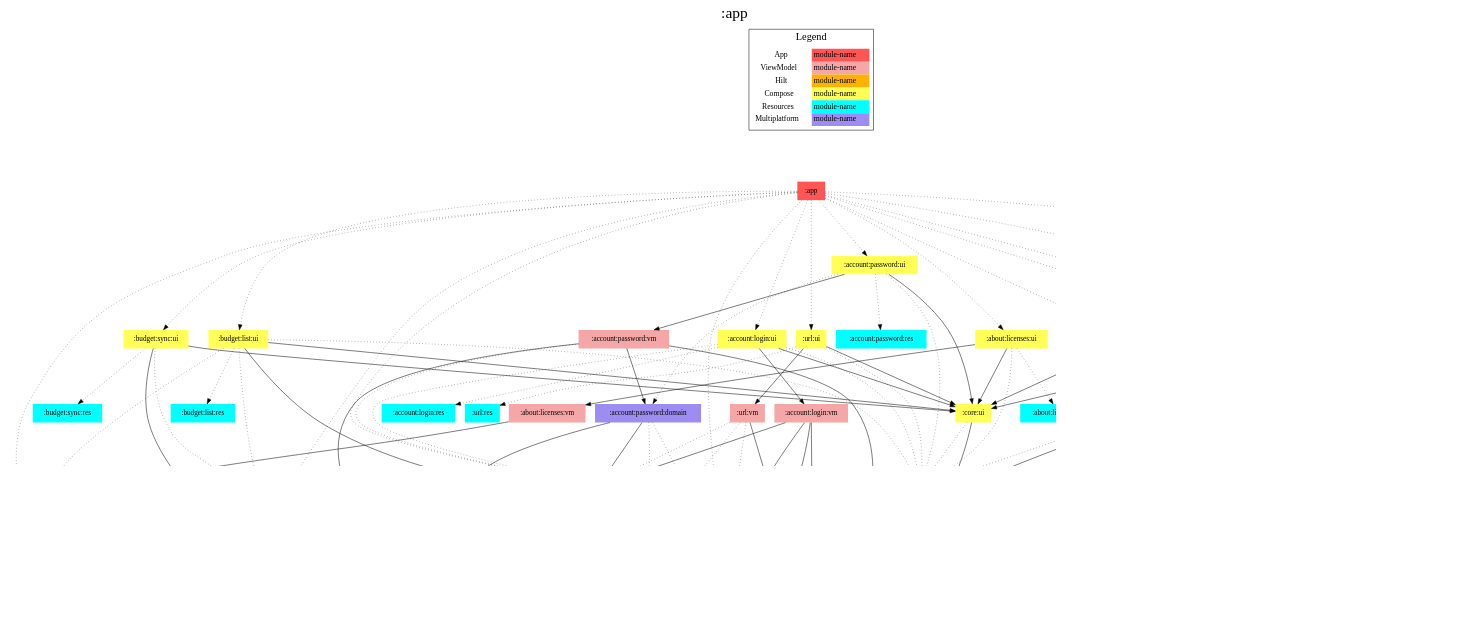
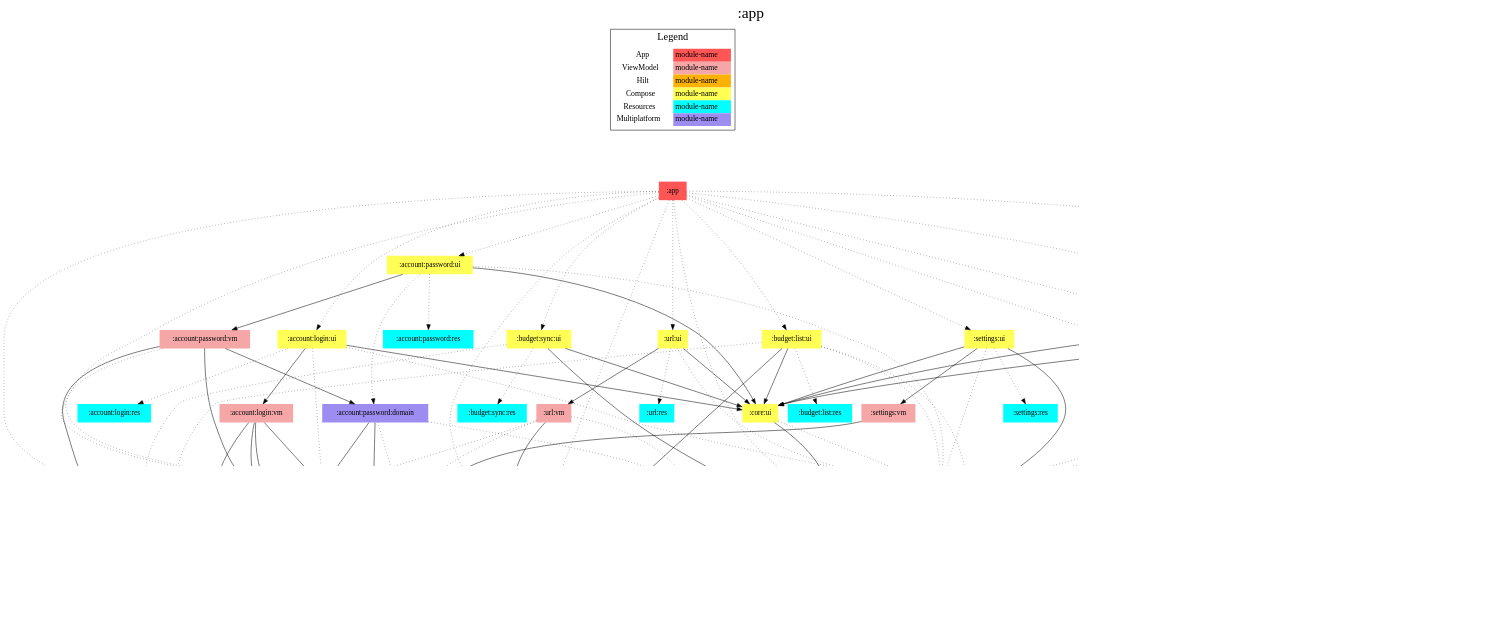
The diagram in app/modules.dot (jonapoul/aktual), drawn with Graphviz before and after one commit. The commit also changed 39 other files, not shown here.

```diff
--- a/app/modules.dot
+++ b/app/modules.dot
@@ -1,177 +1,184 @@
 digraph {
 edge ["dir"="forward"]
 graph ["dpi"="100","label"=":app","labelloc"="t","fontsize"="30","ranksep"="1.5","rankdir"="TB"]
 node ["style"="filled"]
 ":about:info:data" ["fillcolor"="#9D8DF1","shape"="none"]
 ":about:info:res" ["fillcolor"="#00FFFF","shape"="none"]
 ":about:info:ui" ["fillcolor"="#FFFF55","shape"="none"]
 ":about:info:vm" ["fillcolor"="#F5A6A6","shape"="none"]
 ":about:licenses:data" ["fillcolor"="#9D8DF1","shape"="none"]
 ":about:licenses:res" ["fillcolor"="#00FFFF","shape"="none"]
 ":about:licenses:ui" ["fillcolor"="#FFFF55","shape"="none"]
 ":about:licenses:vm" ["fillcolor"="#F5A6A6","shape"="none"]
 ":account:login:domain" ["fillcolor"="#9D8DF1","shape"="none"]
 ":account:login:res" ["fillcolor"="#00FFFF","shape"="none"]
 ":account:login:ui" ["fillcolor"="#FFFF55","shape"="none"]
 ":account:login:vm" ["fillcolor"="#F5A6A6","shape"="none"]
 ":account:model" ["fillcolor"="#9D8DF1","shape"="none"]
 ":account:password:domain" ["fillcolor"="#9D8DF1","shape"="none"]
 ":account:password:res" ["fillcolor"="#00FFFF","shape"="none"]
 ":account:password:ui" ["fillcolor"="#FFFF55","shape"="none"]
 ":account:password:vm" ["fillcolor"="#F5A6A6","shape"="none"]
 ":api:actual" ["fillcolor"="#9D8DF1","shape"="none"]
 ":api:builder" ["fillcolor"="#9D8DF1","shape"="none"]
 ":api:di" ["fillcolor"="#FCB103","shape"="none"]
 ":api:github" ["fillcolor"="#9D8DF1","shape"="none"]
 ":app" ["fillcolor"="#FF5555","shape"="none"]
+":budget:encryption" ["fillcolor"="#9D8DF1","shape"="none"]
 ":budget:list:res" ["fillcolor"="#00FFFF","shape"="none"]
 ":budget:list:ui" ["fillcolor"="#FFFF55","shape"="none"]
 ":budget:list:vm" ["fillcolor"="#F5A6A6","shape"="none"]
 ":budget:model" ["fillcolor"="#9D8DF1","shape"="none"]
 ":budget:sync:res" ["fillcolor"="#00FFFF","shape"="none"]
 ":budget:sync:ui" ["fillcolor"="#FFFF55","shape"="none"]
 ":budget:sync:vm" ["fillcolor"="#F5A6A6","shape"="none"]
 ":codegen:annotation" ["fillcolor"="#9D8DF1","shape"="none"]
 ":core:connection" ["fillcolor"="#9D8DF1","shape"="none"]
 ":core:di" ["fillcolor"="#FCB103","shape"="none"]
 ":core:files" ["fillcolor"="#9D8DF1","shape"="none"]
 ":core:model" ["fillcolor"="#9D8DF1","shape"="none"]
 ":core:res" ["fillcolor"="#00FFFF","shape"="none"]
 ":core:ui" ["fillcolor"="#FFFF55","shape"="none"]
 ":db" ["fillcolor"="#9D8DF1","shape"="none"]
 ":logging" ["fillcolor"="#9D8DF1","shape"="none"]
 ":prefs" ["fillcolor"="#9D8DF1","shape"="none"]
 ":settings:res" ["fillcolor"="#00FFFF","shape"="none"]
 ":settings:ui" ["fillcolor"="#FFFF55","shape"="none"]
 ":settings:vm" ["fillcolor"="#F5A6A6","shape"="none"]
 ":url:res" ["fillcolor"="#00FFFF","shape"="none"]
 ":url:ui" ["fillcolor"="#FFFF55","shape"="none"]
 ":url:vm" ["fillcolor"="#F5A6A6","shape"="none"]
 {
 edge ["dir"="none"]
 graph ["rank"="same"]
 ":app"
 }
 ":about:info:data" -> ":api:github"
 ":about:info:ui" -> ":about:info:res" ["style"="dotted"]
 ":about:info:ui" -> ":about:info:vm"
 ":about:info:ui" -> ":core:res" ["style"="dotted"]
 ":about:info:ui" -> ":core:ui"
 ":about:info:vm" -> ":about:info:data"
 ":about:licenses:data" -> ":core:files" ["style"="dotted"]
 ":about:licenses:ui" -> ":about:licenses:res" ["style"="dotted"]
 ":about:licenses:ui" -> ":about:licenses:vm"
 ":about:licenses:ui" -> ":core:res" ["style"="dotted"]
 ":about:licenses:ui" -> ":core:ui"
 ":about:licenses:vm" -> ":about:licenses:data"
 ":account:login:domain" -> ":account:model"
 ":account:login:domain" -> ":api:actual" ["style"="dotted"]
 ":account:login:domain" -> ":prefs" ["style"="dotted"]
 ":account:login:ui" -> ":account:login:domain" ["style"="dotted"]
 ":account:login:ui" -> ":account:login:res" ["style"="dotted"]
 ":account:login:ui" -> ":account:login:vm"
 ":account:login:ui" -> ":core:res" ["style"="dotted"]
 ":account:login:ui" -> ":core:ui"
 ":account:login:vm" -> ":account:login:domain"
 ":account:login:vm" -> ":account:model"
 ":account:login:vm" -> ":core:model"
 ":account:login:vm" -> ":prefs"
 ":account:password:domain" -> ":account:login:domain"
 ":account:password:domain" -> ":account:model"
 ":account:password:domain" -> ":api:actual" ["style"="dotted"]
 ":account:password:domain" -> ":prefs" ["style"="dotted"]
 ":account:password:ui" -> ":account:password:domain" ["style"="dotted"]
 ":account:password:ui" -> ":account:password:res" ["style"="dotted"]
 ":account:password:ui" -> ":account:password:vm"
 ":account:password:ui" -> ":core:res" ["style"="dotted"]
 ":account:password:ui" -> ":core:ui"
 ":account:password:vm" -> ":account:login:domain" ["style"="dotted"]
 ":account:password:vm" -> ":account:model"
 ":account:password:vm" -> ":account:password:domain"
 ":account:password:vm" -> ":core:model"
 ":api:actual" -> ":account:model"
 ":api:actual" -> ":budget:model"
 ":api:actual" -> ":codegen:annotation" ["style"="dotted"]
 ":api:actual" -> ":core:model"
 ":api:builder" -> ":core:model"
 ":api:di" -> ":api:builder" ["style"="dotted"]
 ":api:di" -> ":api:github"
 ":api:github" -> ":codegen:annotation" ["style"="dotted"]
 ":api:github" -> ":core:model"
 ":app" -> ":about:info:ui" ["style"="dotted"]
 ":app" -> ":about:licenses:ui" ["style"="dotted"]
 ":app" -> ":account:login:domain" ["style"="dotted"]
 ":app" -> ":account:login:ui" ["style"="dotted"]
 ":app" -> ":account:password:ui" ["style"="dotted"]
 ":app" -> ":api:di" ["style"="dotted"]
 ":app" -> ":budget:list:ui" ["style"="dotted"]
 ":app" -> ":budget:sync:ui" ["style"="dotted"]
 ":app" -> ":core:connection" ["style"="dotted"]
 ":app" -> ":core:di" ["style"="dotted"]
 ":app" -> ":db" ["style"="dotted"]
 ":app" -> ":logging" ["style"="dotted"]
 ":app" -> ":prefs" ["style"="dotted"]
 ":app" -> ":settings:ui" ["style"="dotted"]
 ":app" -> ":url:ui" ["style"="dotted"]
+":budget:encryption" -> ":account:model"
+":budget:encryption" -> ":budget:model"
+":budget:encryption" -> ":core:model"
 ":budget:list:ui" -> ":account:model" ["style"="dotted"]
 ":budget:list:ui" -> ":budget:list:res" ["style"="dotted"]
 ":budget:list:ui" -> ":budget:list:vm"
 ":budget:list:ui" -> ":budget:model" ["style"="dotted"]
 ":budget:list:ui" -> ":core:res" ["style"="dotted"]
 ":budget:list:ui" -> ":core:ui"
 ":budget:list:vm" -> ":account:model" ["style"="dotted"]
 ":budget:list:vm" -> ":api:actual" ["style"="dotted"]
 ":budget:list:vm" -> ":budget:model"
 ":budget:list:vm" -> ":core:model"
 ":budget:list:vm" -> ":prefs" ["style"="dotted"]
 ":budget:sync:ui" -> ":account:model" ["style"="dotted"]
 ":budget:sync:ui" -> ":budget:sync:res" ["style"="dotted"]
 ":budget:sync:ui" -> ":budget:sync:vm"
 ":budget:sync:ui" -> ":core:ui"
 ":budget:sync:vm" -> ":account:model" ["style"="dotted"]
 ":budget:sync:vm" -> ":api:actual" ["style"="dotted"]
+":budget:sync:vm" -> ":budget:encryption" ["style"="dotted"]
 ":budget:sync:vm" -> ":budget:model" ["style"="dotted"]
 ":budget:sync:vm" -> ":core:files"
 ":budget:sync:vm" -> ":core:model"
+":budget:sync:vm" -> ":prefs" ["style"="dotted"]
 ":core:connection" -> ":api:actual" ["style"="dotted"]
 ":core:connection" -> ":api:builder" ["style"="dotted"]
 ":core:connection" -> ":core:model" ["style"="dotted"]
 ":core:connection" -> ":prefs" ["style"="dotted"]
 ":core:di" -> ":core:files"
 ":core:di" -> ":core:model"
+":core:di" -> ":prefs"
 ":core:files" -> ":budget:model"
 ":core:ui" -> ":core:model"
 ":core:ui" -> ":core:res" ["style"="dotted"]
 ":db" -> ":budget:model"
 ":db" -> ":core:files"
 ":prefs" -> ":account:model"
 ":prefs" -> ":core:model"
 ":settings:ui" -> ":core:model"
 ":settings:ui" -> ":core:res" ["style"="dotted"]
 ":settings:ui" -> ":core:ui"
 ":settings:ui" -> ":settings:res" ["style"="dotted"]
 ":settings:ui" -> ":settings:vm"
 ":settings:vm" -> ":prefs"
 ":url:ui" -> ":core:res" ["style"="dotted"]
 ":url:ui" -> ":core:ui"
 ":url:ui" -> ":url:res" ["style"="dotted"]
 ":url:ui" -> ":url:vm"
 ":url:vm" -> ":account:login:domain" ["style"="dotted"]
 ":url:vm" -> ":api:actual" ["style"="dotted"]
 ":url:vm" -> ":core:model"
 ":url:vm" -> ":prefs" ["style"="dotted"]
 subgraph "cluster_legend" {
 edge ["dir"="none"]
 graph ["label"="Legend","fontsize"="20"]
 "Legend" ["style"="filled","fillcolor"="#FFFFFF","shape"="none","margin"="0","fontsize"="15","label"=<
 <TABLE BORDER="0" CELLBORDER="0" CELLSPACING="0" CELLPADDING="4">
 <TR><TD>App</TD><TD BGCOLOR="#FF5555">module-name</TD></TR>
 <TR><TD>ViewModel</TD><TD BGCOLOR="#F5A6A6">module-name</TD></TR>
 <TR><TD>Hilt</TD><TD BGCOLOR="#FCB103">module-name</TD></TR>
 <TR><TD>Compose</TD><TD BGCOLOR="#FFFF55">module-name</TD></TR>
 <TR><TD>Resources</TD><TD BGCOLOR="#00FFFF">module-name</TD></TR>
 <TR><TD>Multiplatform</TD><TD BGCOLOR="#9D8DF1">module-name</TD></TR>
 </TABLE>
 >]
 } -> ":app" ["style"="invis"]
 }
```
